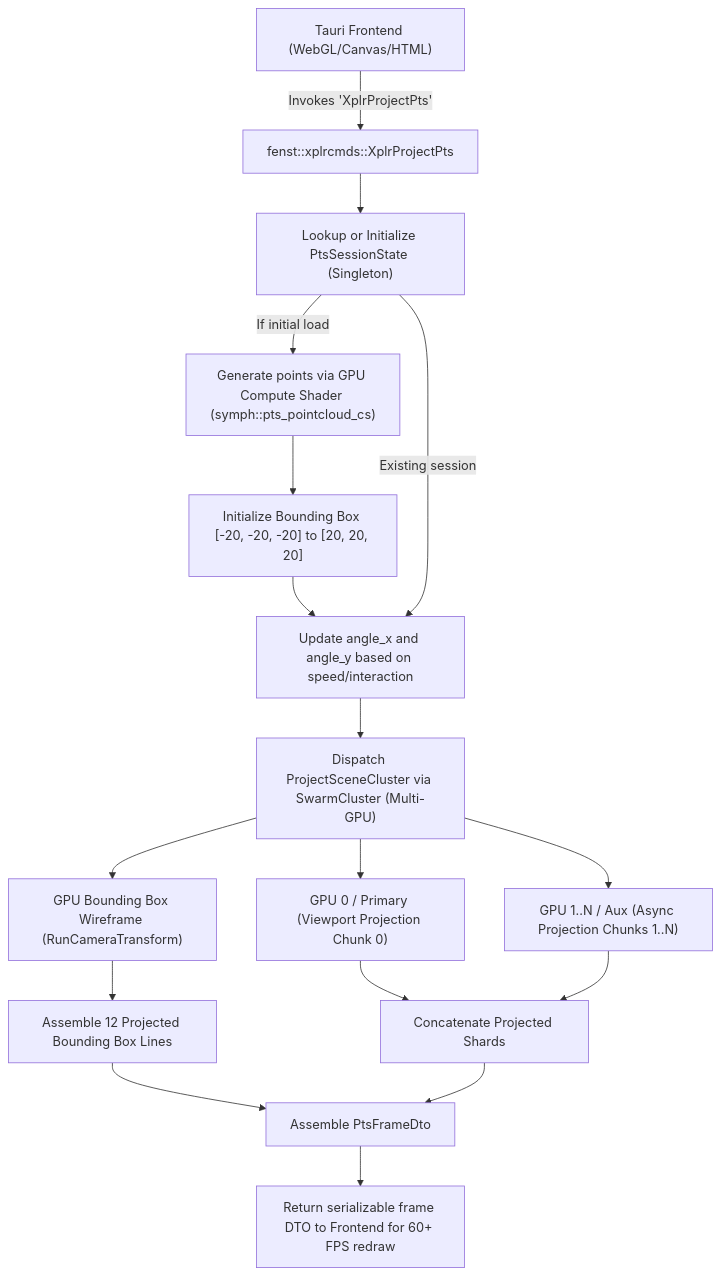
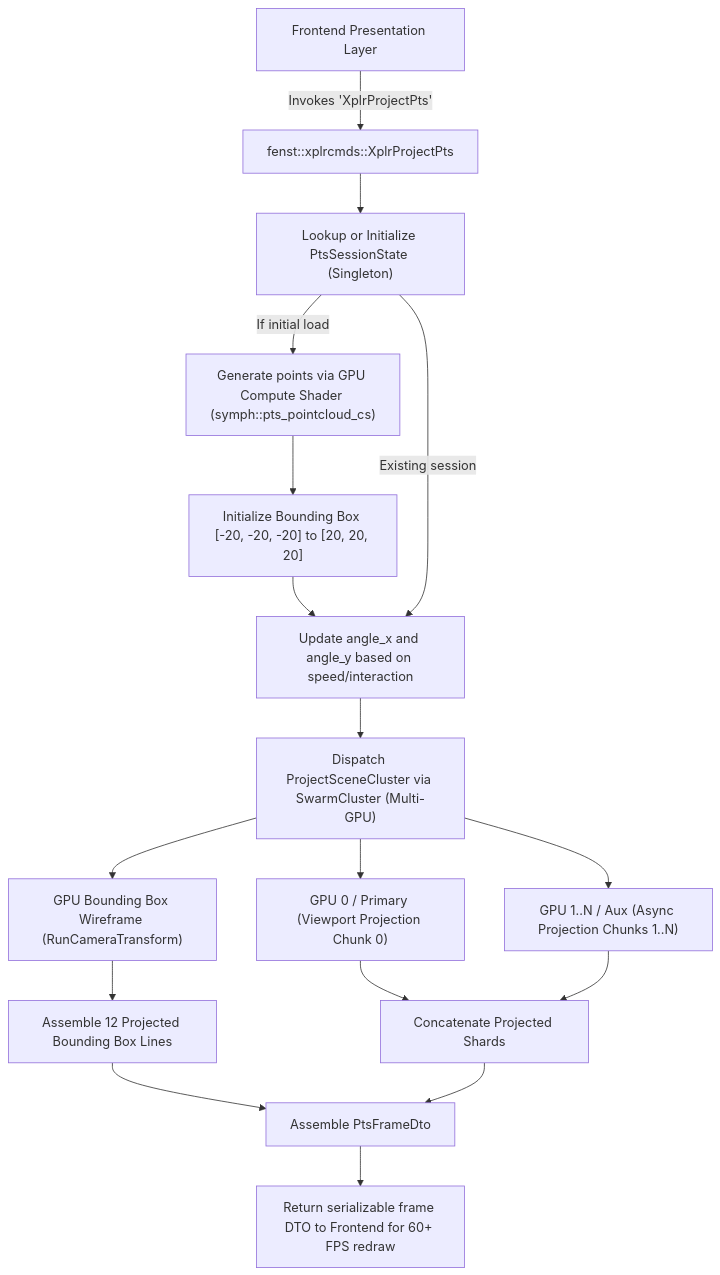
Before and after one commit to jswarup/Kosh: the second of 2 diagrams in wiki/Fenst.md, drawn with Mermaid. The commit also changed other lines of this file and 39 other files, not shown here.

````diff
--- a/wiki/Fenst.md
+++ b/wiki/Fenst.md
@@ -86,23 +83,23 @@
 ```mermaid
 flowchart TD
-    Frontend["Tauri Frontend (WebGL/Canvas/HTML)"] -->|Invokes 'XplrProjectPts'| BackendCmd["fenst::xplrcmds::XplrProjectPts"]
+    Frontend["Frontend Presentation Layer"] -->|Invokes 'XplrProjectPts'| BackendCmd["fenst::xplrcmds::XplrProjectPts"]
     BackendCmd --> CheckState["Lookup or Initialize PtsSessionState (Singleton)"]
 
     CheckState -->|If initial load| GenPoints["Generate points via GPU Compute Shader (symph::pts_pointcloud_cs)"]
     GenPoints --> InitBBox["Initialize Bounding Box [-20, -20, -20] to [20, 20, 20]"]
     InitBBox --> RotateState["Update angle_x and angle_y based on speed/interaction"]
 
     CheckState -->|Existing session| RotateState
     RotateState --> Cluster["Dispatch ProjectSceneCluster via SwarmCluster (Multi-GPU)"]
     Cluster --> ShardGPU0["GPU 0 / Primary (Viewport Projection Chunk 0)"]
     Cluster --> ShardGPU1["GPU 1..N / Aux (Async Projection Chunks 1..N)"]
     Cluster --> GPUBox["GPU Bounding Box Wireframe (RunCameraTransform)"]
 
     ShardGPU0 --> MergeResults["Concatenate Projected Shards"]
     ShardGPU1 --> MergeResults
     GPUBox --> ConnectBox["Assemble 12 Projected Bounding Box Lines"]
 
     ConnectBox --> AssembleDto["Assemble PtsFrameDto"]
     MergeResults --> AssembleDto
     AssembleDto --> ReturnJSON["Return serializable frame DTO to Frontend for 60+ FPS redraw"]
 ```
````
